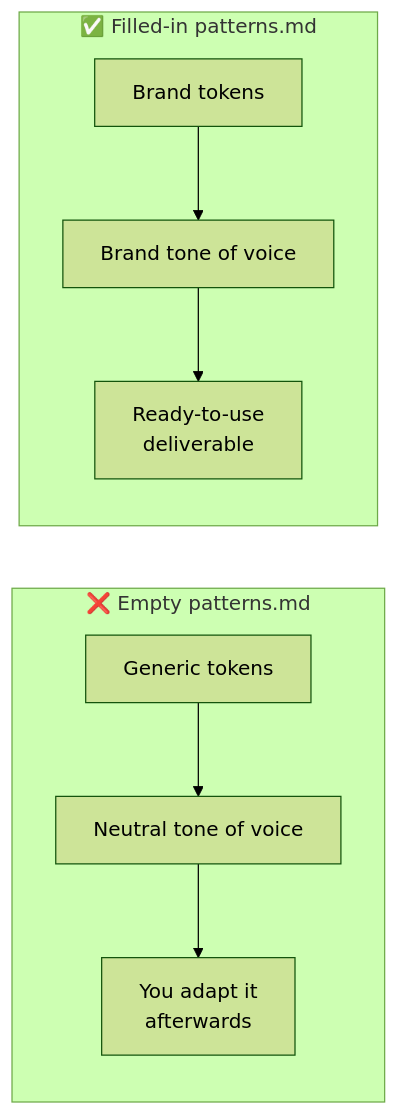
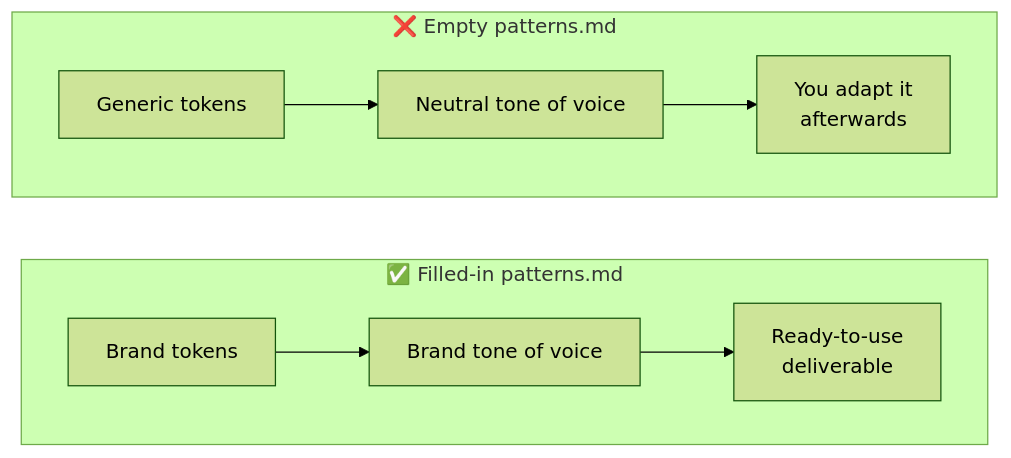
Before and after one commit to guilhermedworakowski/design-skill: the fourth of 4 diagrams in README.en.md, drawn with Mermaid (forest theme). The commit also changed 1 other file, not shown here.

Commit message:
fix(readme): corrige a orientação do diagrama antes/depois
O diagrama renderizava empilhado na vertical e com a ordem invertida (depois acima de antes). Cada bloco agora é horizontal, e um link invisível garante que antes venha primeiro.

````diff
--- a/README.en.md
+++ b/README.en.md
@@ -286,9 +286,12 @@
 ```mermaid
-flowchart LR
+flowchart TB
     subgraph BEFORE["❌ Empty patterns.md"]
+        direction LR
         A1["Generic tokens"] --> A2["Neutral tone of voice"] --> A3["You adapt it<br/>afterwards"]
     end
     subgraph AFTER["✅ Filled-in patterns.md"]
+        direction LR
         B1["Brand tokens"] --> B2["Brand tone of voice"] --> B3["Ready-to-use<br/>deliverable"]
     end
+    BEFORE ~~~ AFTER
 ```
````
